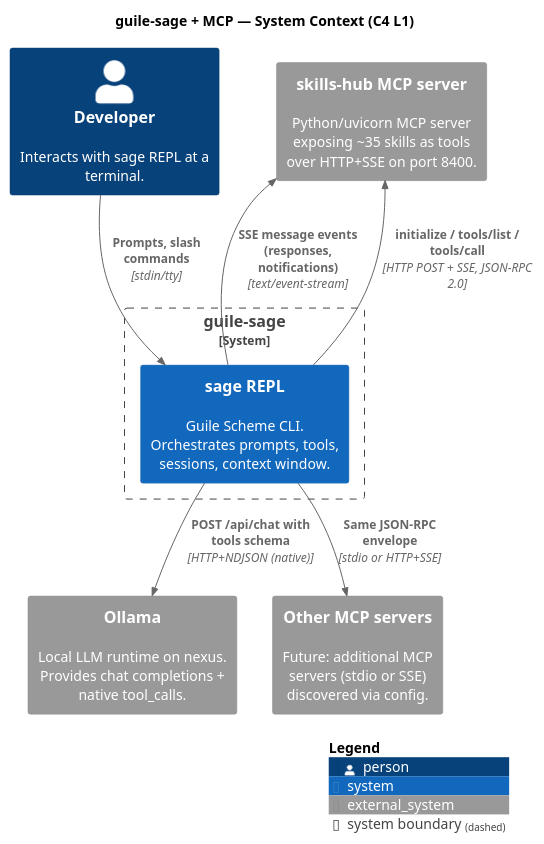
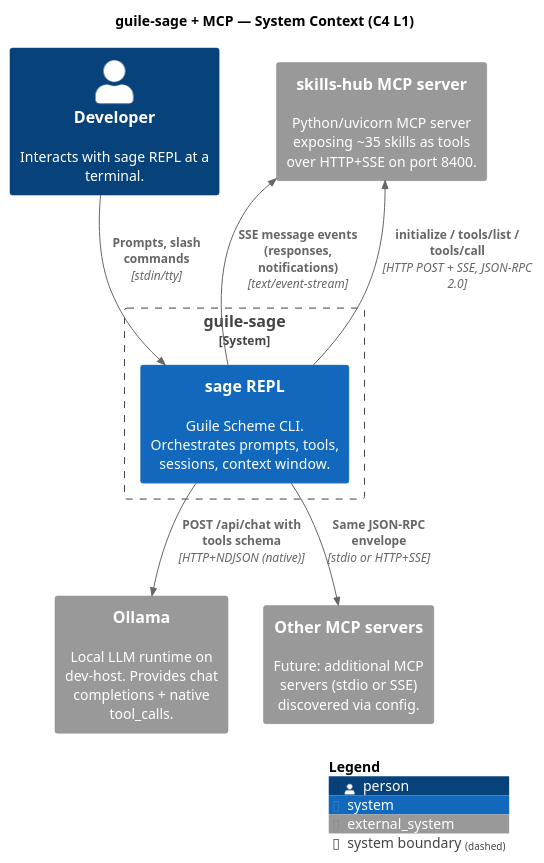
Before and after one commit to dsp-dr/guile-sage: the first of 9 diagrams in docs/MCP-CONTRACT.org, drawn with PlantUML. The commit also changed other lines of this file and 20 other files, not shown here.

```diff
--- a/docs/MCP-CONTRACT.org
+++ b/docs/MCP-CONTRACT.org
@@ -34,28 +34,28 @@
 #+BEGIN_SRC plantuml :file images/mcp-c4-l1.png
 @startuml mcp-c4-l1
 !include https://raw.githubusercontent.com/plantuml-stdlib/C4-PlantUML/master/C4_Context.puml
 
 title guile-sage + MCP — System Context (C4 L1)
 
 Person(user, "Developer", "Interacts with sage REPL at a terminal.")
 
 System_Boundary(sage_boundary, "guile-sage") {
   System(sage, "sage REPL", "Guile Scheme CLI. Orchestrates prompts, tools, sessions, context window.")
 }
 
-System_Ext(ollama, "Ollama", "Local LLM runtime on nexus. Provides chat completions + native tool_calls.")
+System_Ext(ollama, "Ollama", "Local LLM runtime on dev-host. Provides chat completions + native tool_calls.")
 
 System_Ext(skills_hub, "skills-hub MCP server", "Python/uvicorn MCP server exposing ~35 skills as tools over HTTP+SSE on port 8400.")
 
 System_Ext(other_mcp, "Other MCP servers", "Future: additional MCP servers (stdio or SSE) discovered via config.")
 
 Rel(user, sage, "Prompts, slash commands", "stdin/tty")
 Rel(sage, ollama, "POST /api/chat with tools schema", "HTTP+NDJSON (native)")
 Rel(sage, skills_hub, "initialize / tools/list / tools/call", "HTTP POST + SSE, JSON-RPC 2.0")
 Rel(sage, other_mcp, "Same JSON-RPC envelope", "stdio or HTTP+SSE")
 
 Rel_Back(skills_hub, sage, "SSE message events (responses, notifications)", "text/event-stream")
 
 SHOW_LEGEND()
 @enduml
 #+END_SRC
```
